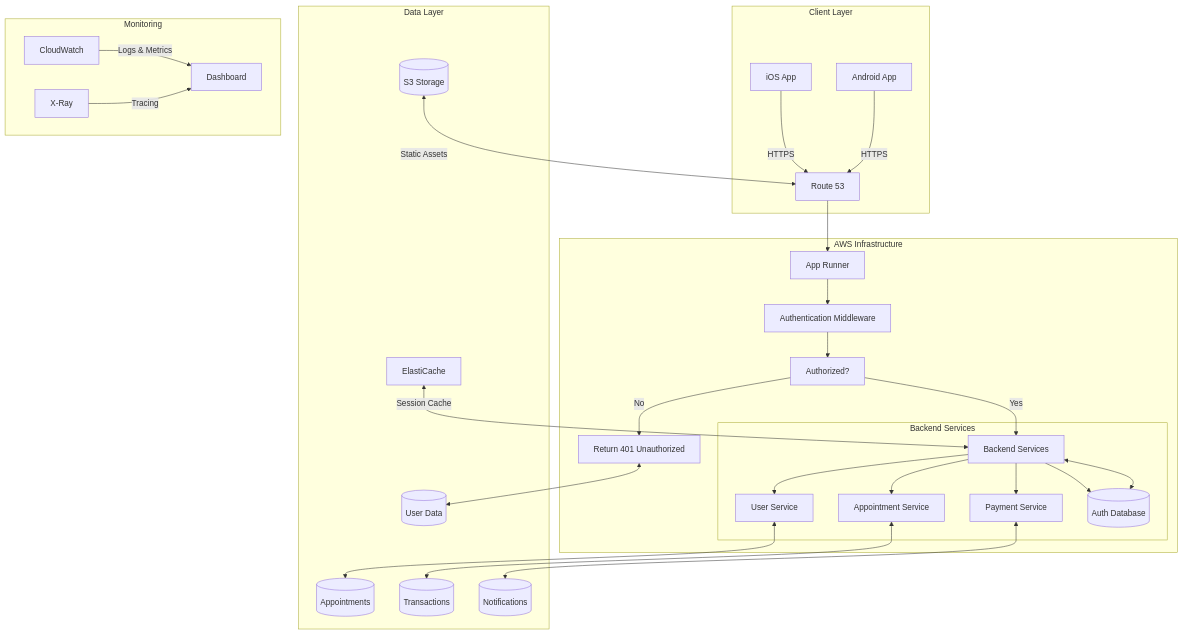
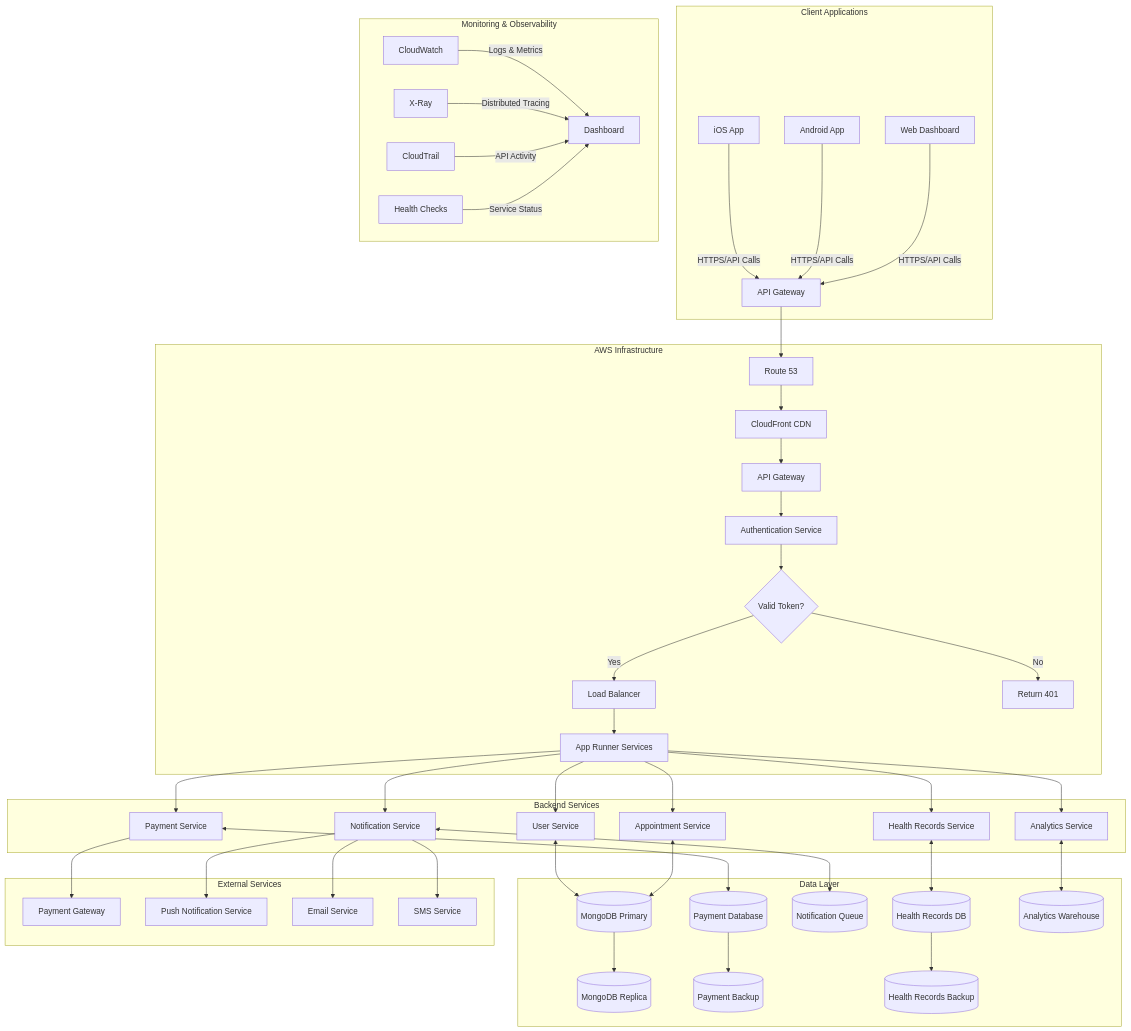
The first of 3 diagrams in docs/architecture/swathx_architecture.md (Swasthx/Swasthx-documentation), drawn with Mermaid before and after one commit. The commit also changed other lines of this file and 1 other file, not shown here.

````diff
--- a/docs/architecture/swathx_architecture.md
+++ b/docs/architecture/swathx_architecture.md
@@ -16,38 +69,55 @@
 ```mermaid
 graph TD
-    subgraph Client Layer
-        A[iOS App] -->|HTTPS| B[Route 53]
-        C[Android App] -->|HTTPS| B
+    subgraph "Client Applications"
+        A[iOS App] -->|HTTPS/API Calls| B[API Gateway]
+        C[Android App] -->|HTTPS/API Calls| B
+        D[Web Dashboard] -->|HTTPS/API Calls| B
     end
     
-    subgraph AWS Infrastructure
-        B --> D[App Runner]
-        D --> E[Authentication Middleware]
-        E --> F[Authorized?]
-        F -->|Yes| G[Backend Services]
-        F -->|No| H[Return 401 Unauthorized]
-        
-        subgraph Backend Services
-            G --> I[User Service]
-            G --> J[Appointment Service]
-            G --> K[Payment Service]
-            G --> L[Notification Service]
-        end
+    subgraph "AWS Infrastructure"
+        B --> E[Route 53]
+        E --> F[CloudFront CDN]
+        F --> G[API Gateway]
+        G --> H[Authentication Service]
+        H --> I{Valid Token?}
+        I -->|Yes| J[Load Balancer]
+        I -->|No| K[Return 401]
+        J --> L[App Runner Services]
     end
     
-    subgraph Data Layer
-        G <--> L[(Auth Database)]
-        H <--> M[(User Data)]
-        I <--> N[(Appointments)]
-        J <--> O[(Transactions)]
-        K <--> P[(Notifications)]
-        
-        Q[(S3 Storage)] <-->|Static Assets| B
-        R[ElastiCache] <-->|Session Cache| G
+    subgraph "Backend Services"
+        L --> M[User Service]
+        L --> N[Appointment Service]
+        L --> O[Payment Service]
+        L --> P[Notification Service]
+        L --> Q[Health Records Service]
+        L --> R[Analytics Service]
     end
     
-    subgraph Monitoring
-        S[CloudWatch] -->|Logs & Metrics| T[Dashboard]
-        U[X-Ray] -->|Tracing| T
+    subgraph "Data Layer"
+        M <--> S[(MongoDB Primary)]
+        N <--> S
+        O <--> T[(Payment Database)]
+        P <--> U[(Notification Queue)]
+        Q <--> V[(Health Records DB)]
+        R <--> W[(Analytics Warehouse)]
+        
+        S --> X[(MongoDB Replica)]
+        T --> Y[(Payment Backup)]
+        V --> Z[(Health Records Backup)]
+    end
+    
+    subgraph "External Services"
+        O --> AA[Payment Gateway]
+        P --> BB[Push Notification Service]
+        P --> CC[Email Service]
+        P --> DD[SMS Service]
+    end
+    
+    subgraph "Monitoring & Observability"
+        EE[CloudWatch] -->|Logs & Metrics| FF[Dashboard]
+        GG[X-Ray] -->|Distributed Tracing| FF
+        HH[CloudTrail] -->|API Activity| FF
+        II[Health Checks] -->|Service Status| FF
     end
 ```
````
